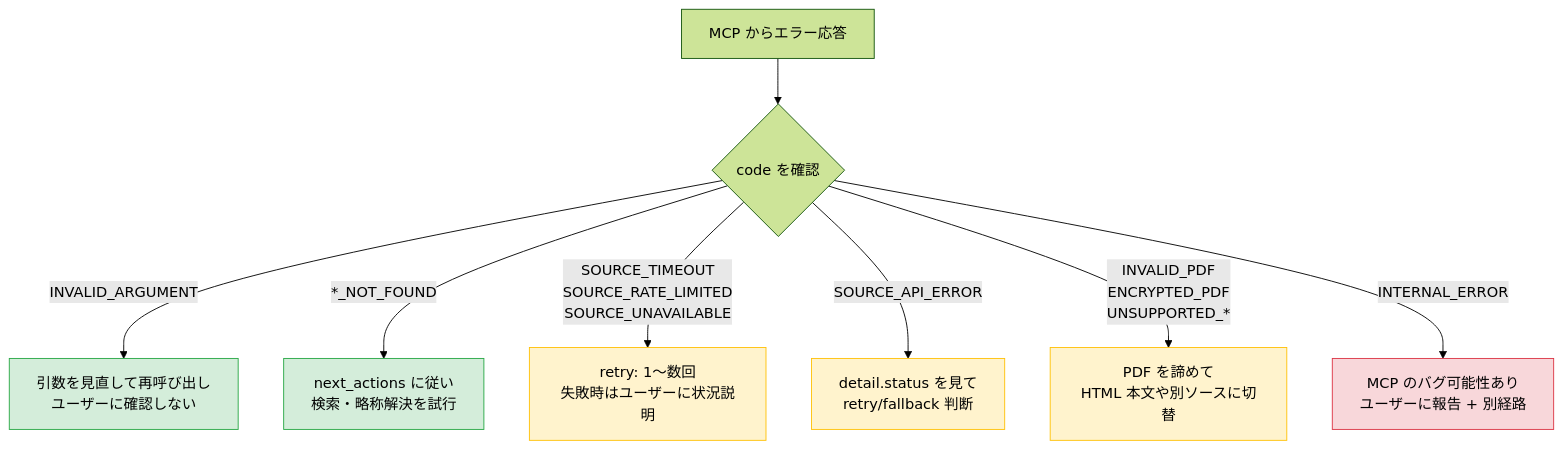
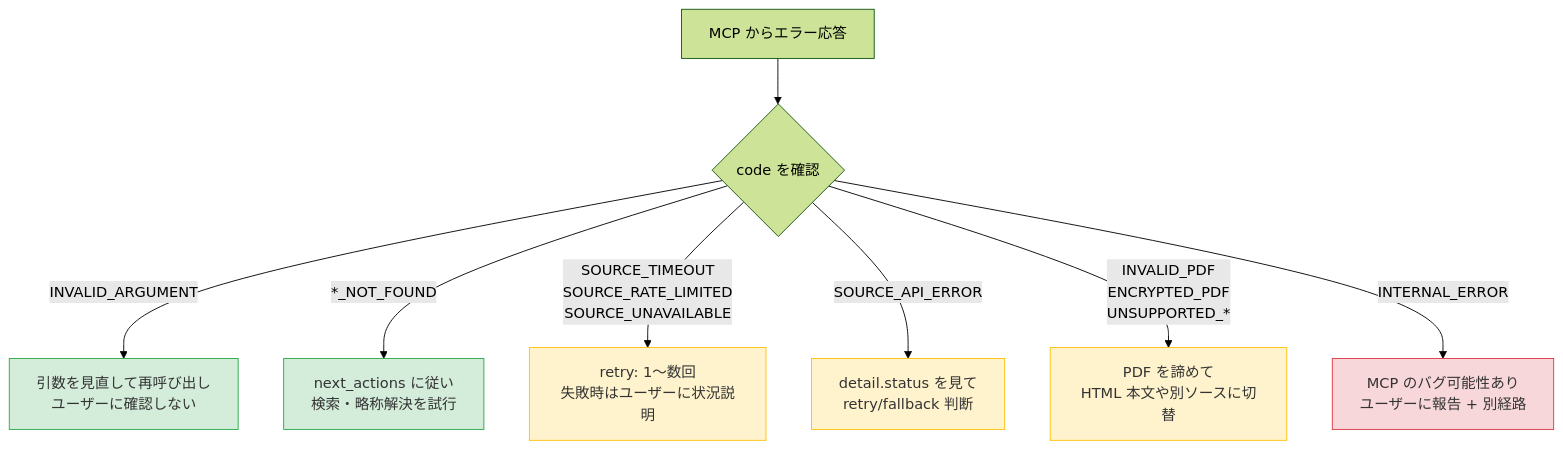
One commit to shuji-bonji/houki-research-skill changed the first of 2 diagrams in skills/houki-research/docs/ERROR-HANDLING.md. Above: the diagram before and after it, drawn with Mermaid (forest theme). The commit also changed other lines of this file and 5 other files, not shown here.

````diff
--- a/skills/houki-research/docs/ERROR-HANDLING.md
+++ b/skills/houki-research/docs/ERROR-HANDLING.md
@@ -7,17 +7,17 @@
 ```mermaid
 flowchart TB
   err[MCP からエラー応答] --> p1{code を確認}
   p1 -->|INVALID_ARGUMENT| f1[引数を見直して再呼び出し<br/>ユーザーに確認しない]
   p1 -->|*_NOT_FOUND| f2[next_actions に従い<br/>検索・略称解決を試行]
   p1 -->|SOURCE_TIMEOUT<br/>SOURCE_RATE_LIMITED<br/>SOURCE_UNAVAILABLE| f3[retry: 1〜数回<br/>失敗時はユーザーに状況説明]
   p1 -->|SOURCE_API_ERROR| f4[detail.status を見て<br/>retry/fallback 判断]
   p1 -->|INVALID_PDF<br/>ENCRYPTED_PDF<br/>UNSUPPORTED_*| f5[PDF を諦めて<br/>HTML 本文や別ソースに切替]
   p1 -->|INTERNAL_ERROR| f6[MCP のバグ可能性あり<br/>ユーザーに報告 + 別経路]
 
-  classDef ok fill:#d4edda,stroke:#28a745
-  classDef warn fill:#fff3cd,stroke:#ffc107
-  classDef err fill:#f8d7da,stroke:#dc3545
+  classDef ok fill:#d4edda,stroke:#28a745,color:#333
+  classDef warn fill:#fff3cd,stroke:#ffc107,color:#333
+  classDef err fill:#f8d7da,stroke:#dc3545,color:#333
   class f1,f2 ok
   class f3,f4,f5 warn
   class f6 err
 ```
````
